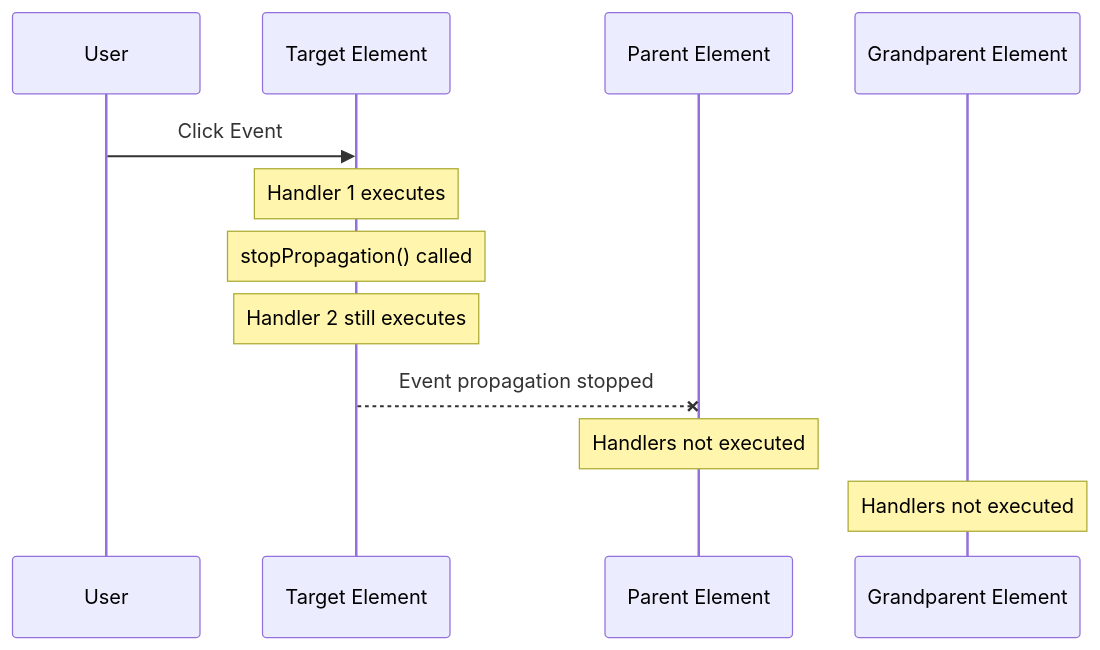
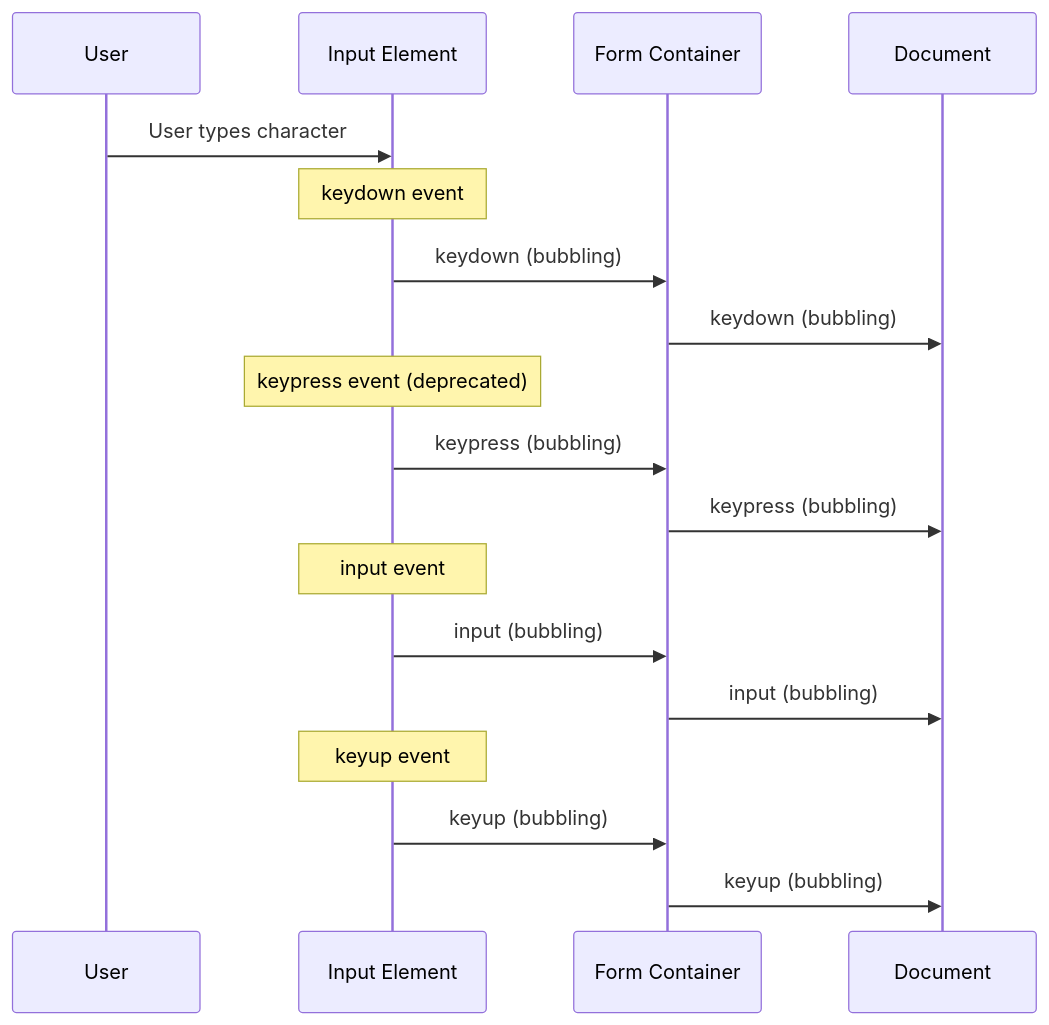
Before and after one commit to gtnao/viblog: the second of 2 diagrams in articles/web/event_bubbling_capturing.md, drawn with Mermaid. The commit also changed other lines of this file and 1 other file, not shown here.

````diff
--- a/articles/web/event_bubbling_capturing.md
+++ b/articles/web/event_bubbling_capturing.md
@@ -72,15 +236,25 @@
 ```mermaid
 sequenceDiagram
     participant User
-    participant Target Element
-    participant Parent Element
-    participant Grandparent Element
+    participant Input Element
+    participant Form Container
+    participant Document
     
-    User->>Target Element: Click Event
-    Note over Target Element: Handler 1 executes
-    Note over Target Element: stopPropagation() called
-    Note over Target Element: Handler 2 still executes
-    Target Element--xParent Element: Event propagation stopped
-    Note over Parent Element: Handlers not executed
-    Note over Grandparent Element: Handlers not executed
+    User->>Input Element: User types character
+    
+    Note over Input Element: keydown event
+    Input Element->>Form Container: keydown (bubbling)
+    Form Container->>Document: keydown (bubbling)
+    
+    Note over Input Element: keypress event (deprecated)
+    Input Element->>Form Container: keypress (bubbling)
+    Form Container->>Document: keypress (bubbling)
+    
+    Note over Input Element: input event
+    Input Element->>Form Container: input (bubbling)
+    Form Container->>Document: input (bubbling)
+    
+    Note over Input Element: keyup event
+    Input Element->>Form Container: keyup (bubbling)
+    Form Container->>Document: keyup (bubbling)
 ```
````
